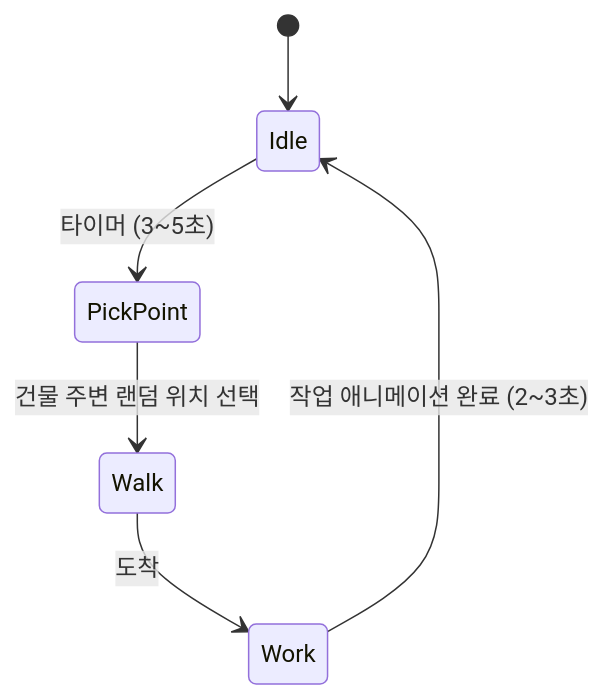
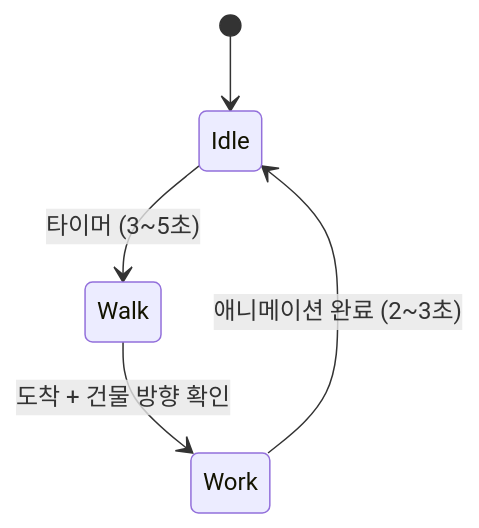
Before and after one commit to heewonle/PotatoDefense: the sixth of 10 diagrams in 파머스 디펜더.md, drawn with Mermaid. The commit also changed other lines of this file and 153 other files, not shown here.

````diff
--- a/파머스 디펜더.md
+++ b/파머스 디펜더.md
@@ -1252,8 +1256,7 @@
 ```mermaid
 stateDiagram-v2
     [*] --> Idle
-    Idle --> PickPoint: 타이머 (3~5초)
-    PickPoint --> Walk: 건물 주변 랜덤 위치 선택
-    Walk --> Work: 도착
-    Work --> Idle: 작업 애니메이션 완료 (2~3초)
+    Idle --> Walk: 타이머 (3~5초)
+    Walk --> Work: 도착 + 건물 방향 확인
+    Work --> Idle: 애니메이션 완료 (2~3초)
 ```
````
